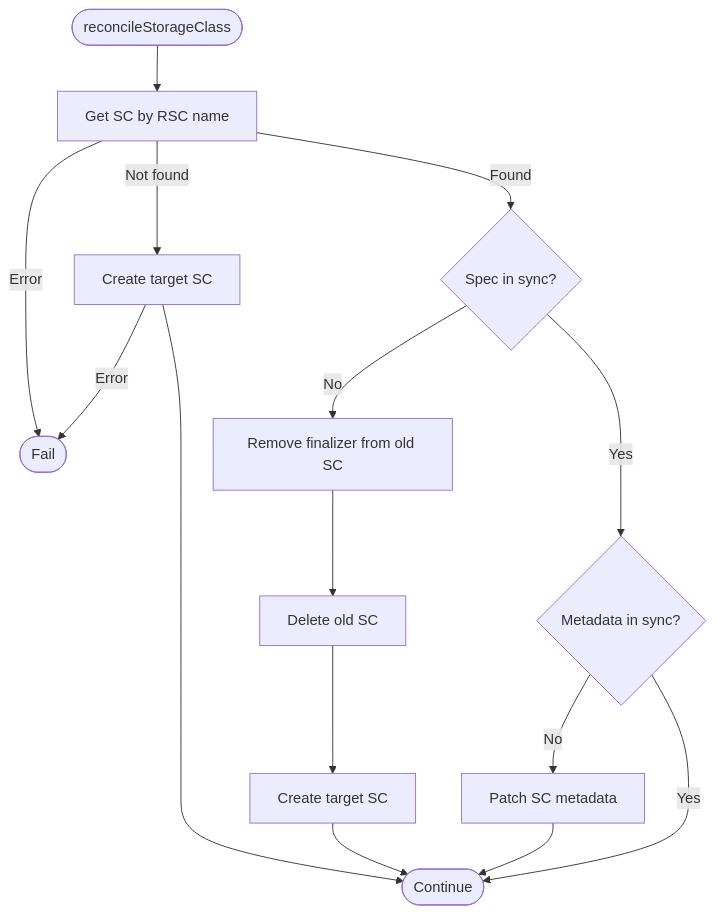
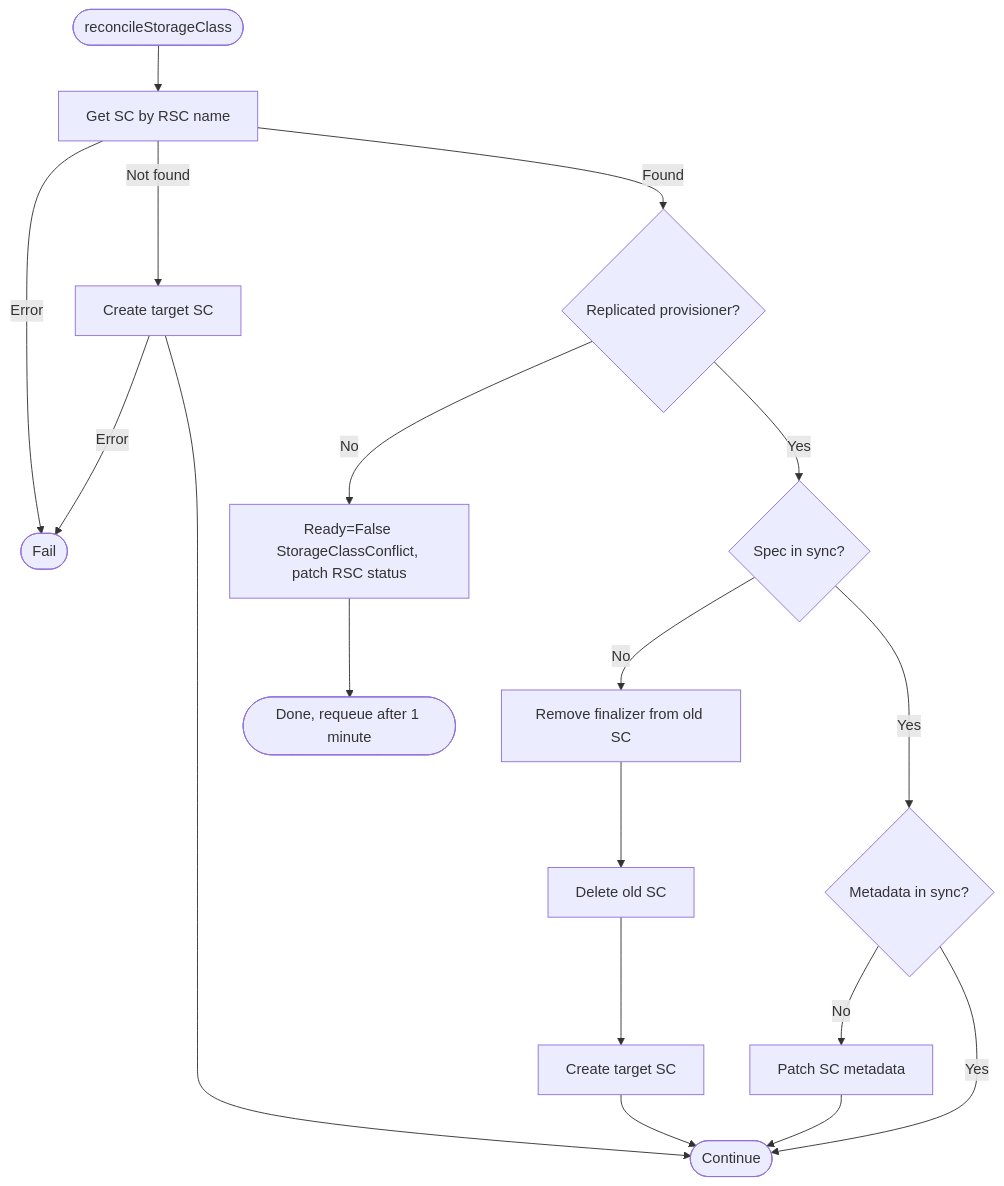
One commit to deckhouse/sds-replicated-volume changed the eighth of 9 diagrams in images/controller/internal/controllers/rsc_controller/README.md. Above: the diagram before and after it, drawn with Mermaid. The commit also changed other lines of this file and 23 other files, not shown here.

First line of the commit message:
Merge branch 'fix/rsc-keep-foreign-storage-class' into 'main'

````diff
--- a/images/controller/internal/controllers/rsc_controller/README.md
+++ b/images/controller/internal/controllers/rsc_controller/README.md
@@ -609,19 +611,22 @@
 ```mermaid
 flowchart TD
     Start([reconcileStorageClass]) --> GetSC[Get SC by RSC name]
     GetSC -->|Error| Fail([Fail])
     GetSC -->|Not found| Create[Create target SC]
     Create -->|Error| Fail
     Create --> End([Continue])
 
-    GetSC -->|Found| CheckSpec{Spec in sync?}
+    GetSC -->|Found| CheckOwn{Replicated provisioner?}
+    CheckOwn -->|No| Conflict[Ready=False StorageClassConflict, patch RSC status]
+    Conflict --> Requeue([Done, requeue after 1 minute])
+    CheckOwn -->|Yes| CheckSpec{Spec in sync?}
     CheckSpec -->|No| RemoveFin1[Remove finalizer from old SC]
     RemoveFin1 --> DeleteOld[Delete old SC]
     DeleteOld --> Recreate[Create target SC]
     Recreate --> End
 
     CheckSpec -->|Yes| CheckMeta{Metadata in sync?}
     CheckMeta -->|No| PatchMeta[Patch SC metadata]
     PatchMeta --> End
     CheckMeta -->|Yes| End
 ```
````
